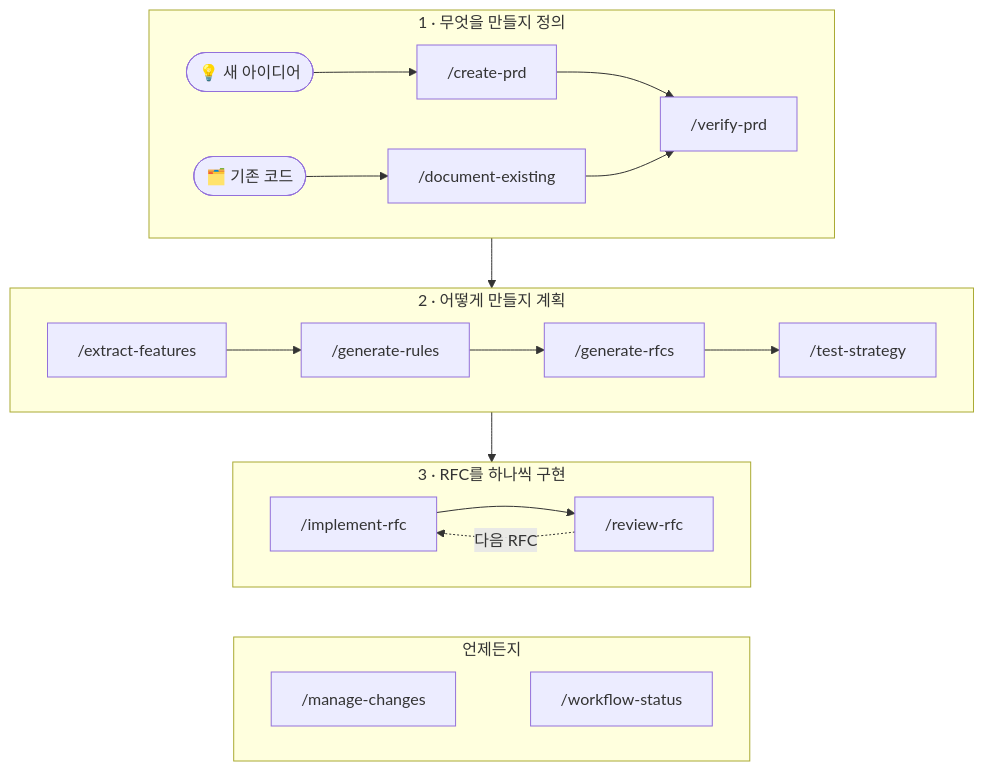
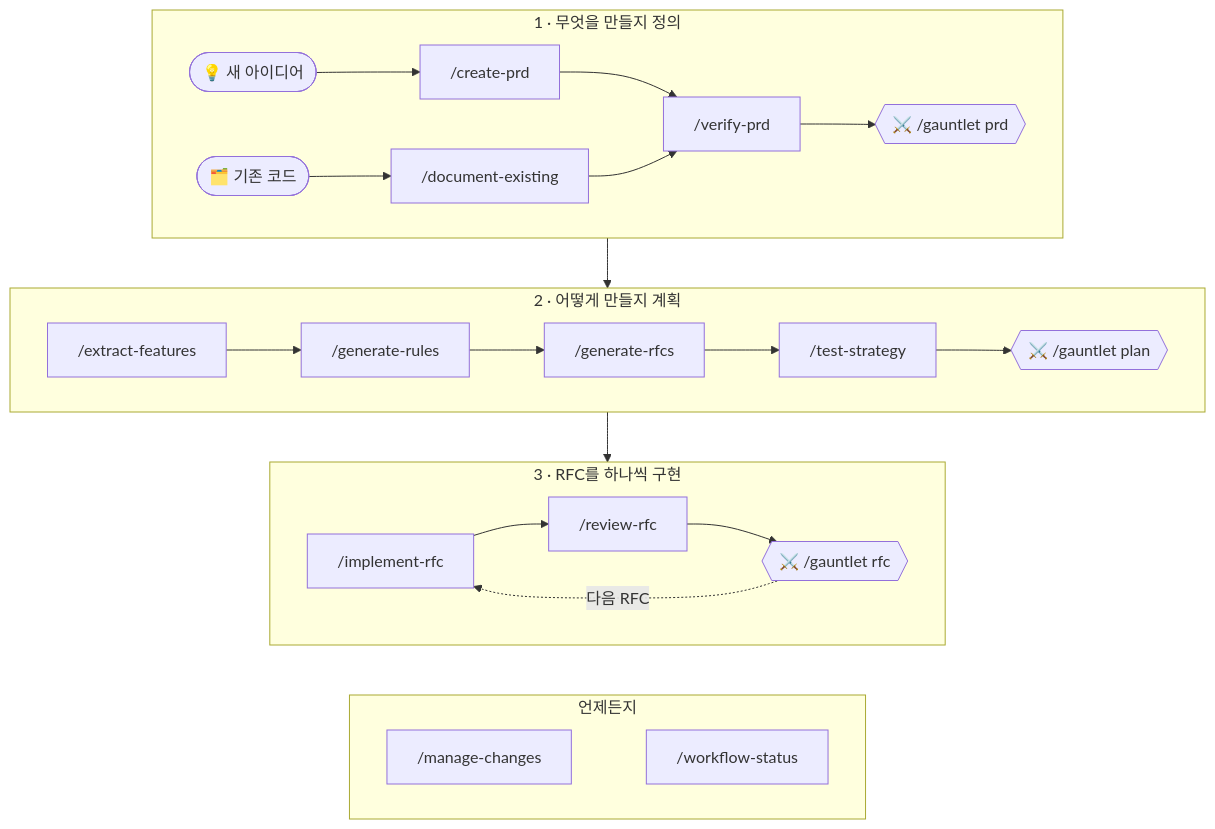
One commit to nurettincoban/ai-prd-workflow changed the diagram in README.ko.md. Above: the diagram before and after it, drawn with Mermaid. The commit also changed other lines of this file and 33 other files, not shown here.

````diff
--- a/README.ko.md
+++ b/README.ko.md
@@ -86,23 +91,24 @@
 ```mermaid
 flowchart TB
     subgraph define ["1 · 무엇을 만들지 정의"]
         direction LR
         idea([💡 새 아이디어]) --> create["/create-prd"] --> verify["/verify-prd"]
         code([🗂️ 기존 코드]) --> document["/document-existing"] --> verify
+        verify --> g1{{"⚔️ /gauntlet prd"}}
     end
     subgraph plan ["2 · 어떻게 만들지 계획"]
         direction LR
-        features["/extract-features"] --> rules["/generate-rules"] --> rfcs["/generate-rfcs"] --> tests["/test-strategy"]
+        features["/extract-features"] --> rules["/generate-rules"] --> rfcs["/generate-rfcs"] --> tests["/test-strategy"] --> g2{{"⚔️ /gauntlet plan"}}
     end
     subgraph build ["3 · RFC를 하나씩 구현"]
         direction LR
-        implement["/implement-rfc"] --> review["/review-rfc"]
-        review -.->|다음 RFC| implement
+        implement["/implement-rfc"] --> review["/review-rfc"] --> g3{{"⚔️ /gauntlet rfc"}}
+        g3 -.->|다음 RFC| implement
     end
     subgraph anytime ["언제든지"]
         direction LR
         changes["/manage-changes"] ~~~ status["/workflow-status"]
     end
     define --> plan --> build
     build ~~~ anytime
 ```
````
